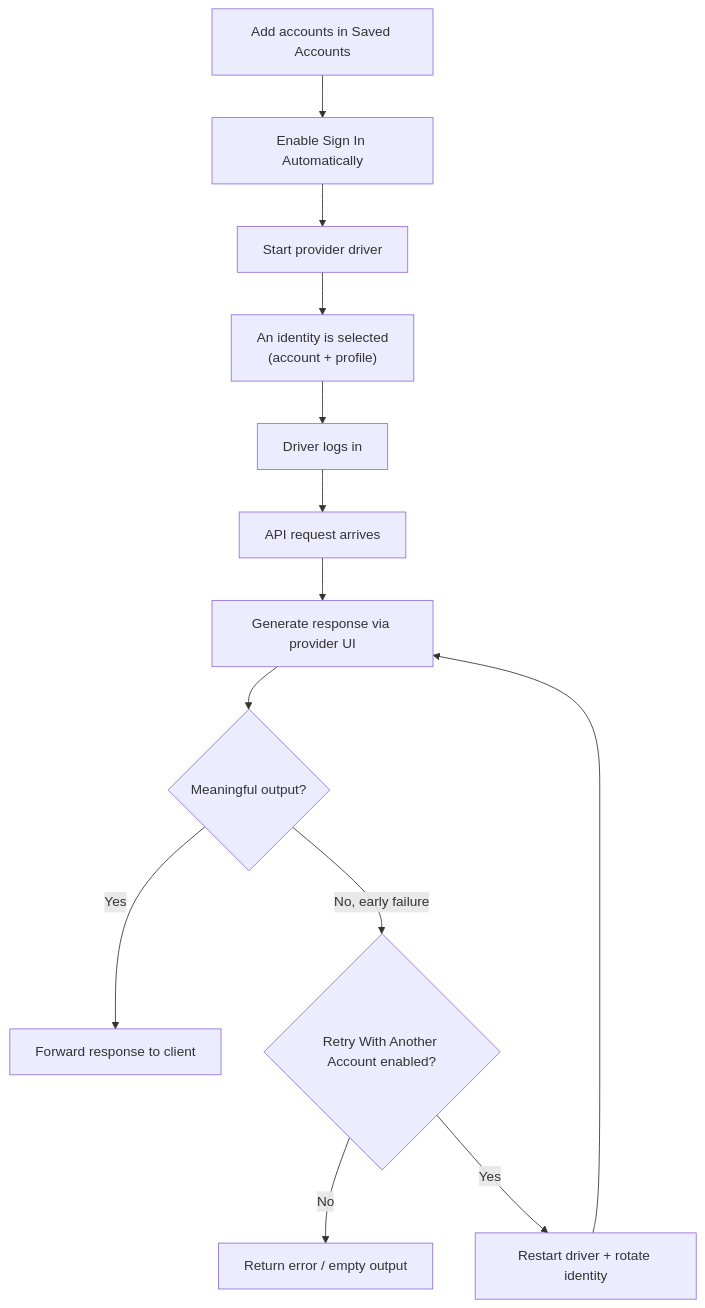
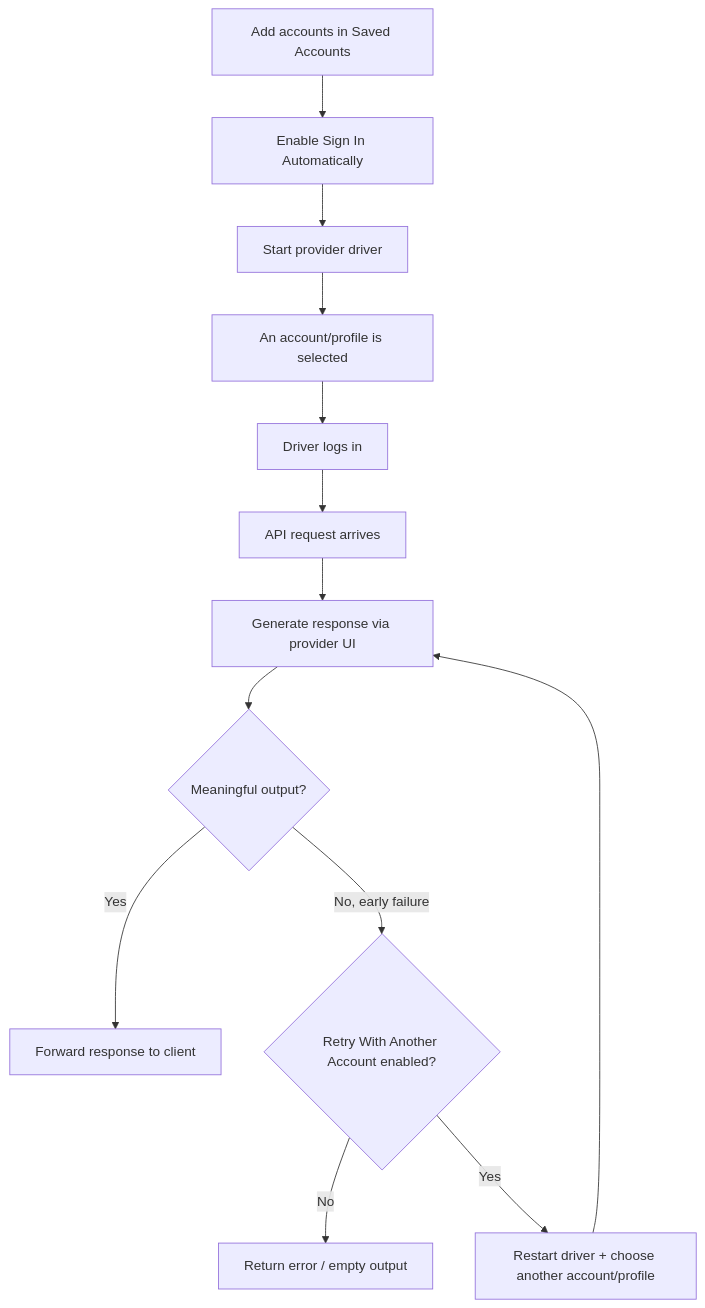
Before and after one commit to TiredDog76/intense-rp-next: the diagram in docs/features/accounts.md, drawn with Mermaid. The commit also changed other lines of this file and 28 other files, not shown here.

````diff
--- a/docs/features/accounts.md
+++ b/docs/features/accounts.md
@@ -30,15 +30,15 @@
 ```mermaid
 flowchart TD
     A[Add accounts in Saved Accounts] --> B[Enable Sign In Automatically]
     B --> C[Start provider driver]
-    C --> D["An identity is selected<br/>(account + profile)"]
+    C --> D["An account/profile is selected"]
     D --> E[Driver logs in]
     E --> F[API request arrives]
     F --> G[Generate response via provider UI]
     G --> H{Meaningful output?}
     H -->|Yes| I[Forward response to client]
     H -->|No, early failure| J{Retry With Another Account enabled?}
     J -->|No| K[Return error / empty output]
-    J -->|Yes| L[Restart driver + rotate identity]
+    J -->|Yes| L[Restart driver + choose another account/profile]
     L --> G
 ```
````
